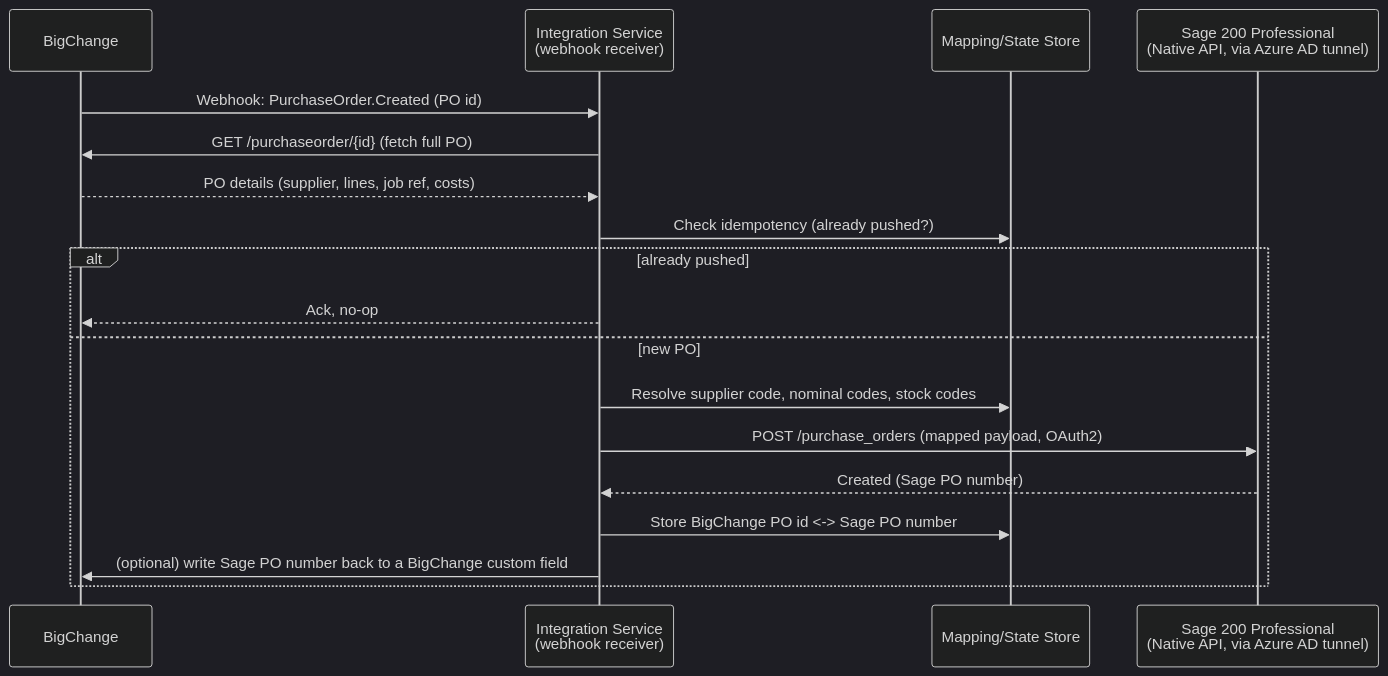
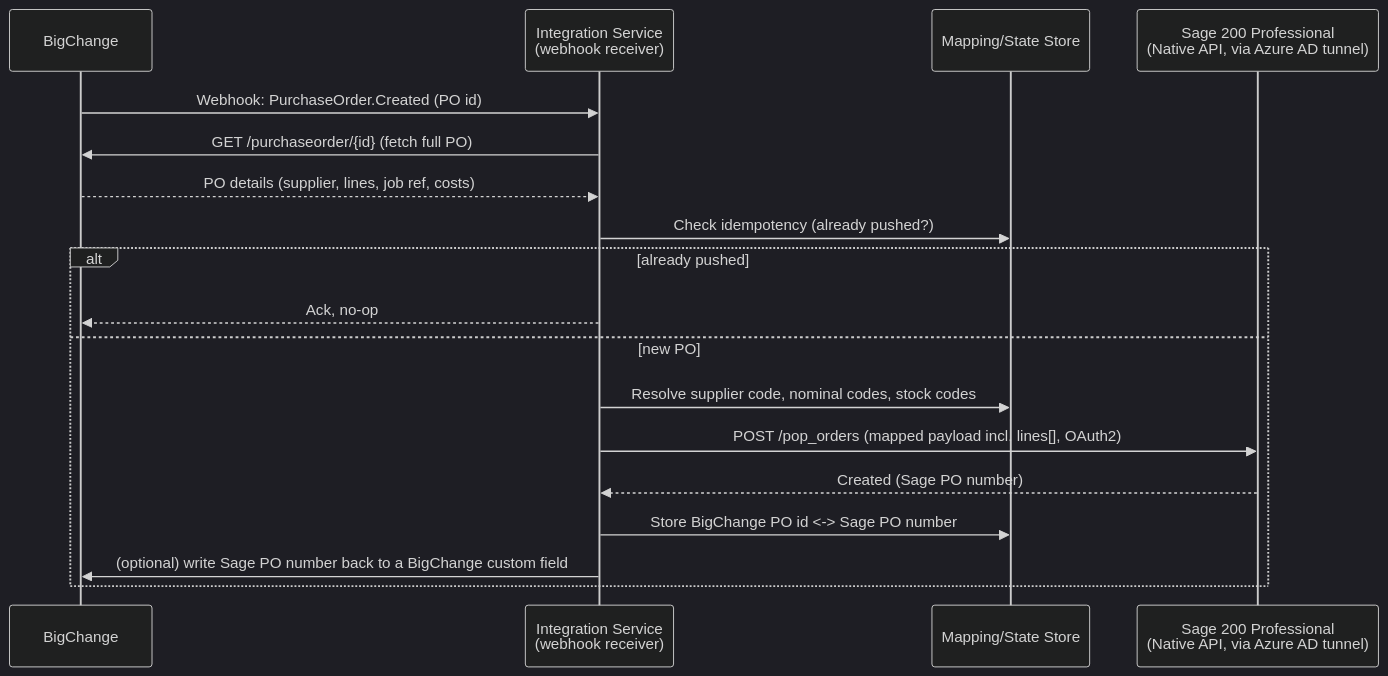
Before and after one commit to luciennzotarh-design/Test: the diagram in docs/bigchange-sage200-po-integration.md, drawn with Mermaid (dark theme). The commit also changed other lines of this file, not shown here.

````diff
--- a/docs/bigchange-sage200-po-integration.md
+++ b/docs/bigchange-sage200-po-integration.md
@@ -30,21 +42,21 @@
 ```mermaid
 sequenceDiagram
     participant BC as BigChange
     participant WH as Integration Service<br/>(webhook receiver)
     participant DB as Mapping/State Store
     participant SG as Sage 200 Professional<br/>(Native API, via Azure AD tunnel)
 
     BC->>WH: Webhook: PurchaseOrder.Created (PO id)
     WH->>BC: GET /purchaseorder/{id} (fetch full PO)
     BC-->>WH: PO details (supplier, lines, job ref, costs)
     WH->>DB: Check idempotency (already pushed?)
     alt already pushed
         WH-->>BC: Ack, no-op
     else new PO
         WH->>DB: Resolve supplier code, nominal codes, stock codes
-        WH->>SG: POST /purchase_orders (mapped payload, OAuth2)
+        WH->>SG: POST /pop_orders (mapped payload incl. lines[], OAuth2)
         SG-->>WH: Created (Sage PO number)
         WH->>DB: Store BigChange PO id <-> Sage PO number
         WH->>BC: (optional) write Sage PO number back to a BigChange custom field
     end
 ```
````
